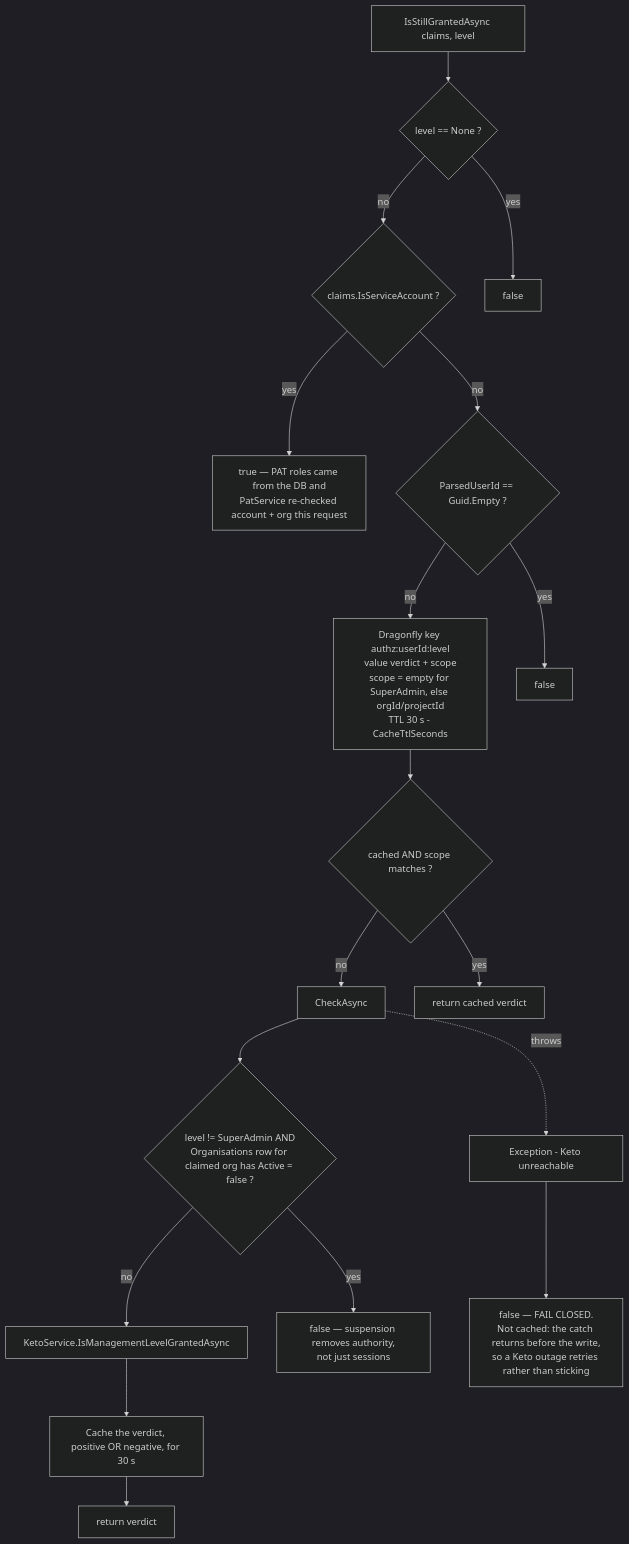
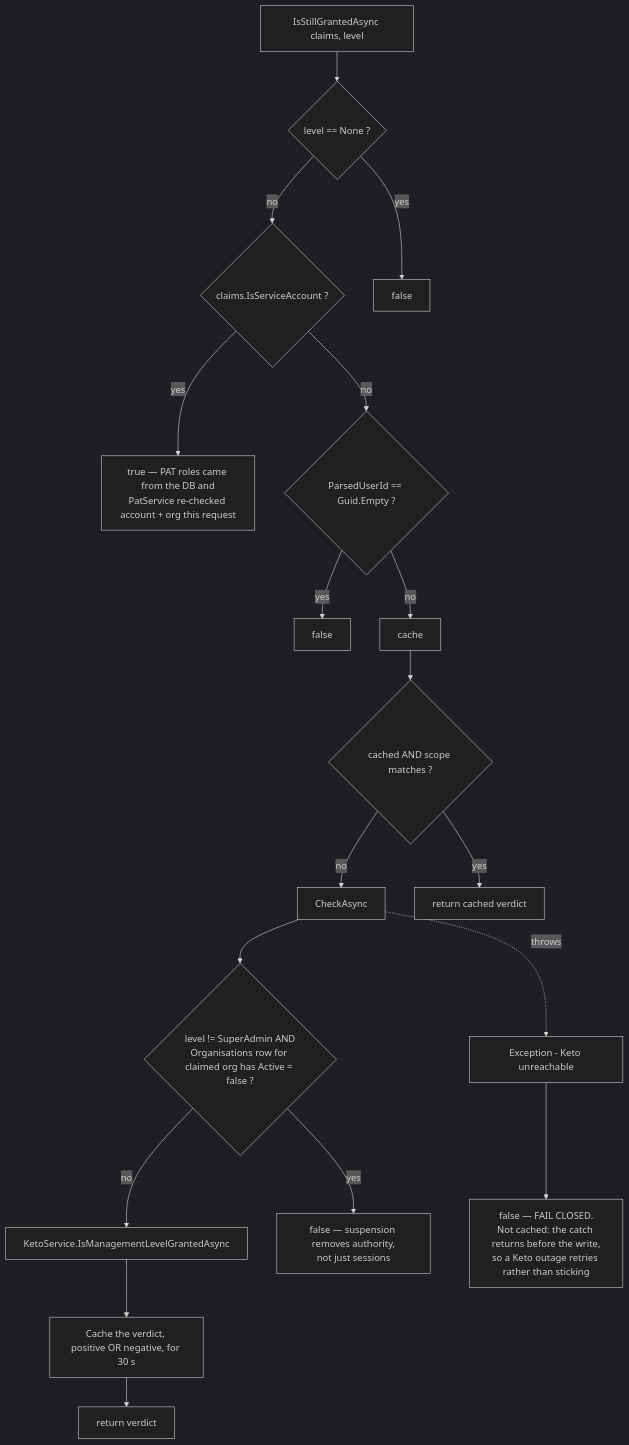
The ninth of 27 diagrams in docs/DIAGRAMS.md (GuillaumeCariou/RediensIAM), drawn with Mermaid (dark theme) before and after one commit. The commit also changed other lines of this file and 93 other files, not shown here.

````diff
--- a/docs/DIAGRAMS.md
+++ b/docs/DIAGRAMS.md
@@ -390,31 +378,30 @@
 ```mermaid
 flowchart TD
     s["IsStillGrantedAsync claims, level"]
     n{"level == None ?"}
     sa{"claims.IsServiceAccount ?"}
     saok["true — PAT roles came from the DB and<br/>PatService re-checked account + org this request"]
     uid{"ParsedUserId == Guid.Empty ?"}
-    cache["Dragonfly key authz:userId:level<br/>value verdict + scope<br/>scope = empty for SuperAdmin, else orgId/projectId<br/>TTL 30 s - CacheTtlSeconds"]
     hit{"cached AND scope matches ?"}
     chk["CheckAsync"]
     susp{"level != SuperAdmin AND<br/>Organisations row for claimed org has Active = false ?"}
     keto["KetoService.IsManagementLevelGrantedAsync"]
     err["Exception - Keto unreachable"]
     store["Cache the verdict, positive OR negative, for 30 s"]
 
     s --> n
     n -->|"yes"| f1["false"]
     n -->|"no"| sa
     sa -->|"yes"| saok
     sa -->|"no"| uid
     uid -->|"yes"| f2["false"]
     uid -->|"no"| cache --> hit
     hit -->|"yes"| ret["return cached verdict"]
     hit -->|"no"| chk
     chk --> susp
     susp -->|"yes"| f3["false — suspension removes authority,<br/>not just sessions"]
     susp -->|"no"| keto
     keto --> store
     chk -.->|"throws"| err --> f4["false — FAIL CLOSED.<br/>Not cached: the catch returns before the write,<br/>so a Keto outage retries rather than sticking"]
     store --> ret2["return verdict"]
 ```
````
